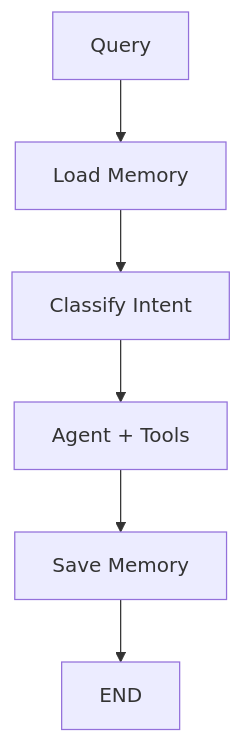
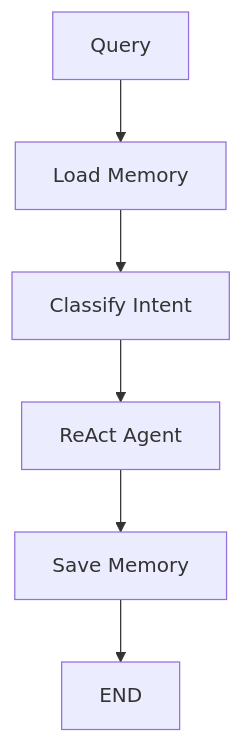
One commit to redis-developer/context-eng-matters changed the fourth of 4 diagrams in progressive_agents/README.md. Above: the diagram before and after it, drawn with Mermaid. The commit also changed other lines of this file and 116 other files, not shown here.

````diff
--- a/progressive_agents/README.md
+++ b/progressive_agents/README.md
@@ -124,8 +109,8 @@
 ```mermaid
 graph TD
     Q[Query] --> LM[Load Memory]
     LM --> IC[Classify Intent]
-    IC --> A[Agent + Tools]
-    A --> SM[Save Memory]
+    IC --> RA[ReAct Agent]
+    RA --> SM[Save Memory]
     SM --> END
 ```
````
